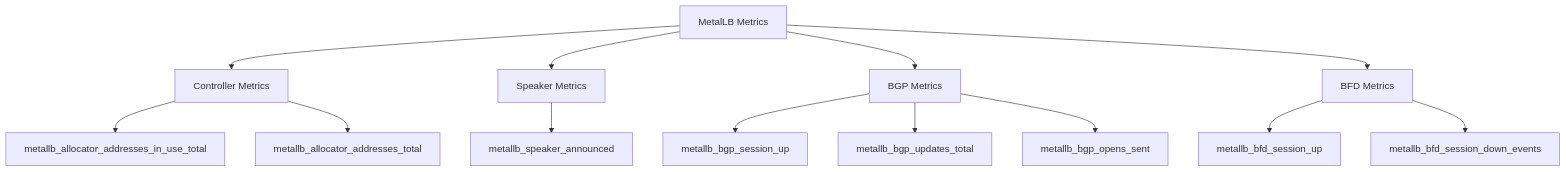
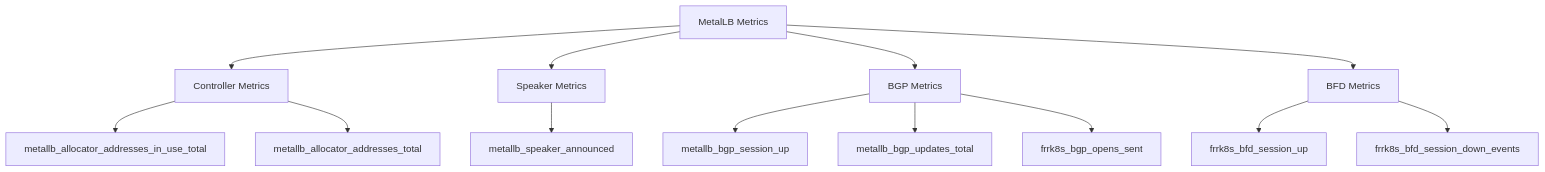
Before and after one commit to OneUptime/blog: the first of 2 diagrams in posts/2026-02-20-metallb-grafana-dashboards/README.md, drawn with Mermaid. The commit also changed other lines of this file and 2 other files, not shown here.

Commit message:
validate: 2026-02-20-metallb-grafana-dashboards

````diff
--- a/posts/2026-02-20-metallb-grafana-dashboards/README.md
+++ b/posts/2026-02-20-metallb-grafana-dashboards/README.md
@@ -54,15 +65,15 @@
 ```mermaid
 flowchart TD
     A[MetalLB Metrics] --> B[Controller Metrics]
     A --> C[Speaker Metrics]
     A --> D[BGP Metrics]
     A --> E[BFD Metrics]
     B --> B1[metallb_allocator_addresses_in_use_total]
     B --> B2[metallb_allocator_addresses_total]
     C --> C1[metallb_speaker_announced]
     D --> D1[metallb_bgp_session_up]
     D --> D2[metallb_bgp_updates_total]
-    D --> D3[metallb_bgp_opens_sent]
-    E --> E1[metallb_bfd_session_up]
-    E --> E2[metallb_bfd_session_down_events]
+    D --> D3[frrk8s_bgp_opens_sent]
+    E --> E1[frrk8s_bfd_session_up]
+    E --> E2[frrk8s_bfd_session_down_events]
 ```
````
